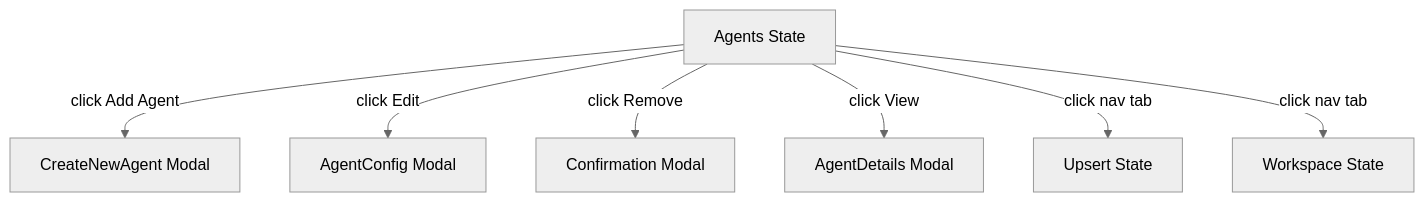
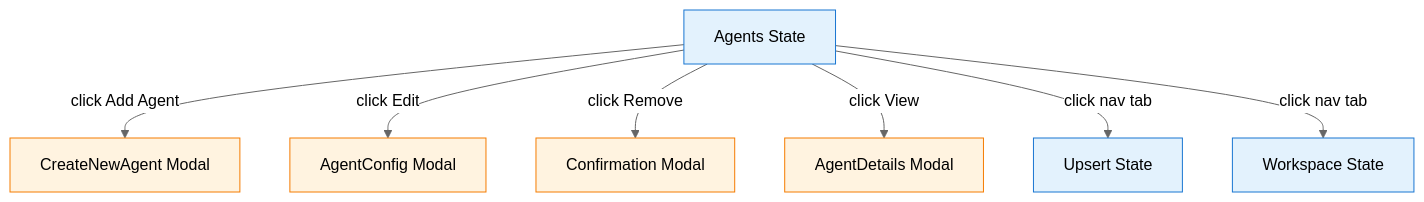
The first of 6 diagrams in disciplines-shared/engineering/UI-UX-SPECIFICATION.md (Construct-AI-primary/docs-paperclip), drawn with Mermaid (neutral theme) before and after one commit. The commit also changed other lines of this file and 576 other files, not shown here.

First line of the commit message:
UI-UX specification updates across disciplines, new mermaid templates, knowledge templates, and project specs

````diff
--- a/disciplines-shared/engineering/UI-UX-SPECIFICATION.md
+++ b/disciplines-shared/engineering/UI-UX-SPECIFICATION.md
@@ -151,9 +159,15 @@
 ```mermaid
 flowchart TD
     AGENTS[Agents State] -->|click Add Agent| MODAL1[CreateNewAgent Modal]
     AGENTS -->|click Edit| MODAL2[AgentConfig Modal]
     AGENTS -->|click Remove| MODAL3[Confirmation Modal]
     AGENTS -->|click View| MODAL4[AgentDetails Modal]
     AGENTS -->|click nav tab| UPSERT[Upsert State]
     AGENTS -->|click nav tab| WORKSPACE[Workspace State]
+
+    classDef state fill:#e3f2fd,stroke:#1976d2
+    classDef modal fill:#fff3e0,stroke:#f57c00
+
+    class AGENTS,UPSERT,WORKSPACE state
+    class MODAL1,MODAL2,MODAL3,MODAL4 modal
 ```
````
